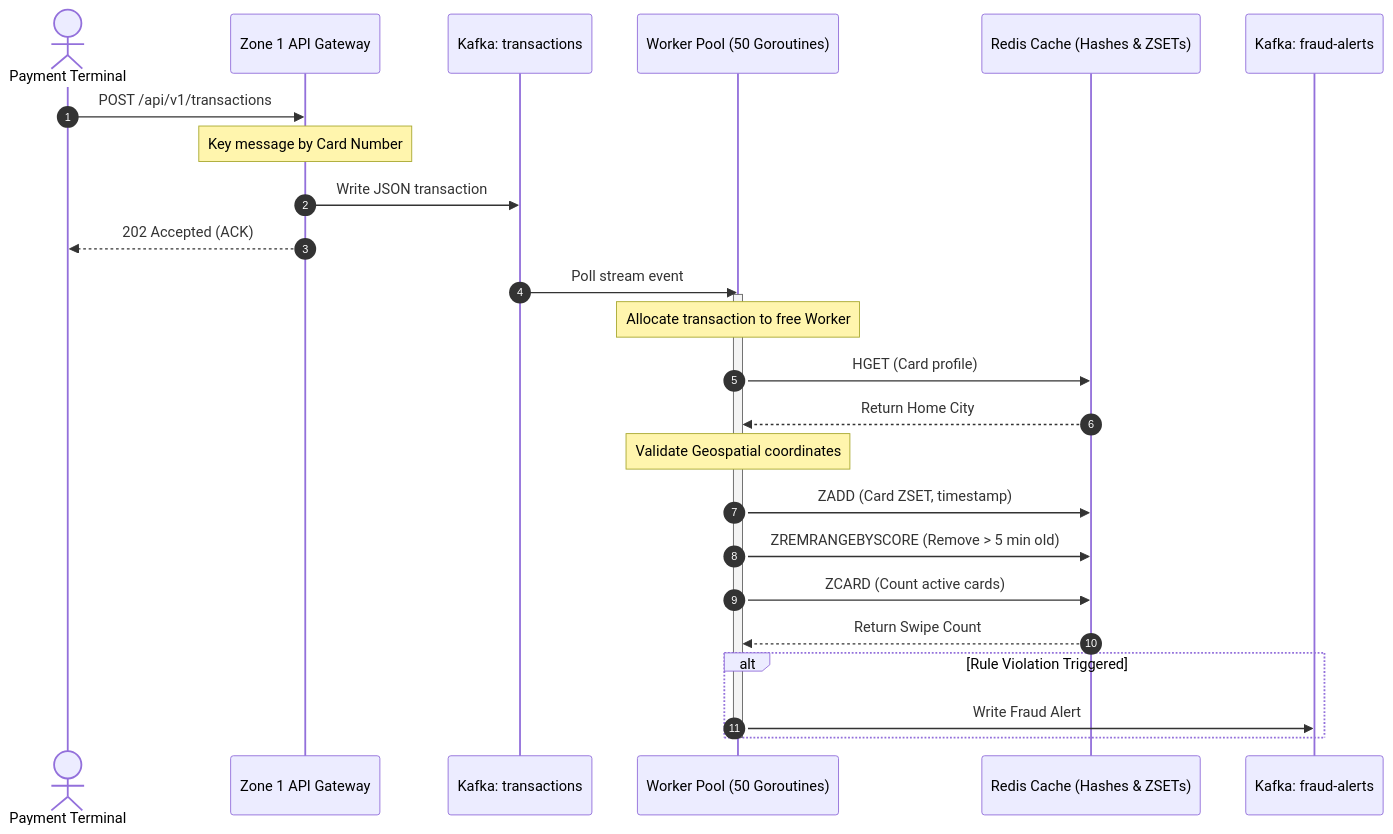
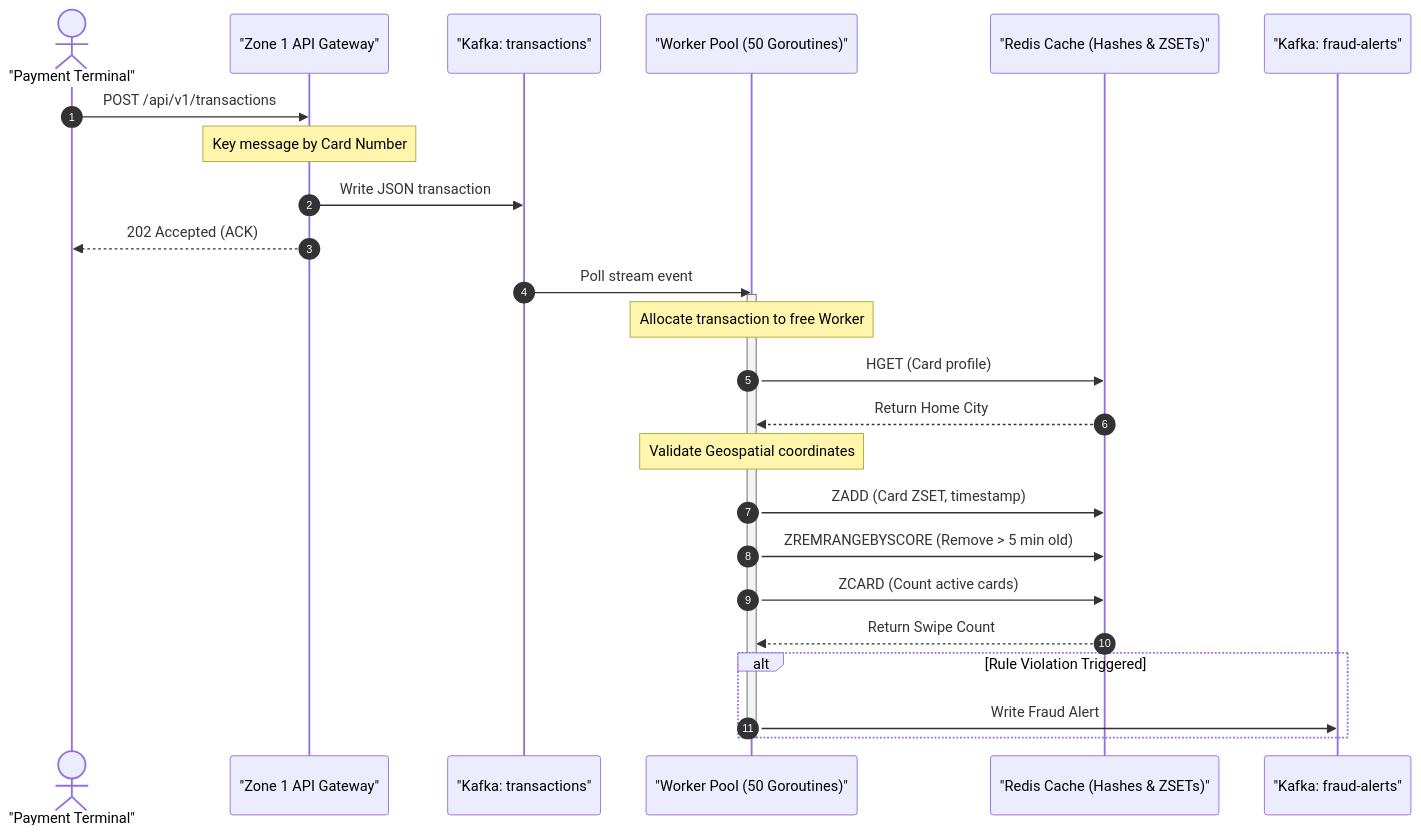
Before and after one commit to gautamkanakaraj/Fraud-detection-pipeline: the first of 2 diagrams in README.md, drawn with Mermaid.

Commit message:
updated readme.md (system flow)

````diff
--- a/README.md
+++ b/README.md
@@ -103,33 +103,33 @@
 ```mermaid
 sequenceDiagram
     autonumber
-    actor Client as Payment Terminal
-    participant Gateway as Zone 1 API Gateway
-    participant KafkaTX as Kafka: transactions
-    participant Pool as Worker Pool (50 Goroutines)
-    participant Redis as Redis Cache (Hashes & ZSETs)
-    participant KafkaAlert as Kafka: fraud-alerts
+    actor Client as "Payment Terminal"
+    participant Gateway as "Zone 1 API Gateway"
+    participant KafkaTX as "Kafka: transactions"
+    participant Pool as "Worker Pool (50 Goroutines)"
+    participant Redis as "Redis Cache (Hashes & ZSETs)"
+    participant KafkaAlert as "Kafka: fraud-alerts"
 
     Client->>Gateway: POST /api/v1/transactions
     Note over Gateway: Key message by Card Number
     Gateway->>KafkaTX: Write JSON transaction
     Gateway-->>Client: 202 Accepted (ACK)
     
     KafkaTX->>Pool: Poll stream event
     activate Pool
     Note over Pool: Allocate transaction to free Worker
     
     Pool->>Redis: HGET (Card profile)
     Redis-->>Pool: Return Home City
     Note over Pool: Validate Geospatial coordinates
     
     Pool->>Redis: ZADD (Card ZSET, timestamp)
     Pool->>Redis: ZREMRANGEBYSCORE (Remove > 5 min old)
     Pool->>Redis: ZCARD (Count active cards)
     Redis-->>Pool: Return Swipe Count
     
     alt Rule Violation Triggered
         Pool->>KafkaAlert: Write Fraud Alert
     end
     deactivate Pool
 ```
````
